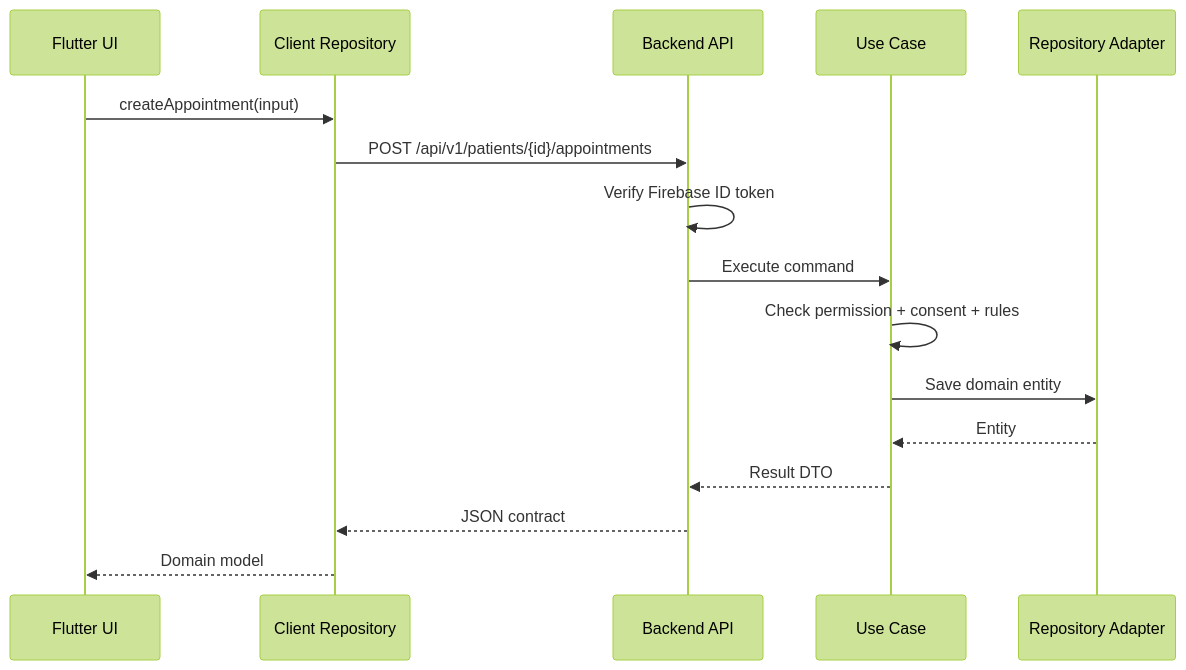
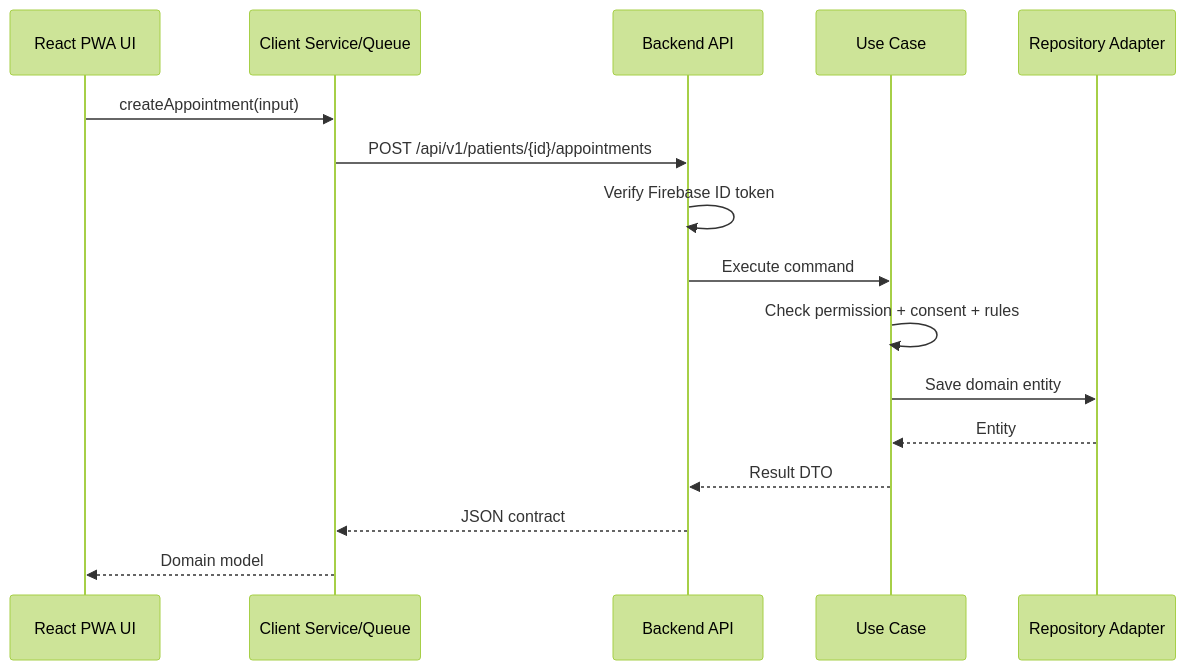
Before and after one commit to jariyahsoft/mo-nut: the second of 4 diagrams in docs/design/01-architecture.md, drawn with Mermaid (forest theme). The commit also changed other lines of this file and 49 other files, not shown here.

````diff
--- a/docs/design/01-architecture.md
+++ b/docs/design/01-architecture.md
@@ -135,18 +136,18 @@
 ```mermaid
 sequenceDiagram
-  participant UI as Flutter UI
-  participant Repo as Client Repository
+  participant UI as React PWA UI
+  participant Repo as Client Service/Queue
   participant API as Backend API
   participant Use as Use Case
   participant DB as Repository Adapter
   UI->>Repo: createAppointment(input)
   Repo->>API: POST /api/v1/patients/{id}/appointments
   API->>API: Verify Firebase ID token
   API->>Use: Execute command
   Use->>Use: Check permission + consent + rules
   Use->>DB: Save domain entity
   DB-->>Use: Entity
   Use-->>API: Result DTO
   API-->>Repo: JSON contract
   Repo-->>UI: Domain model
 ```
````
